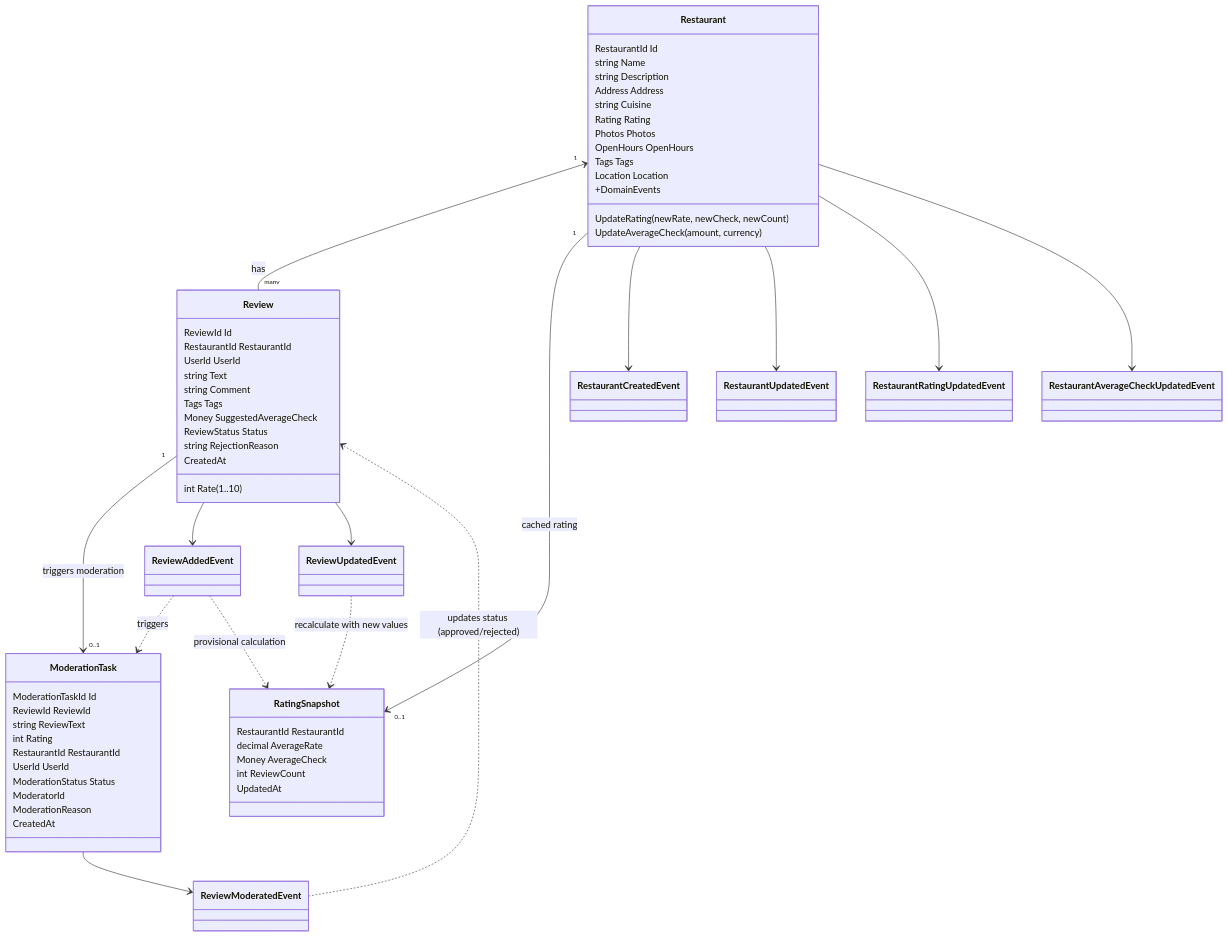
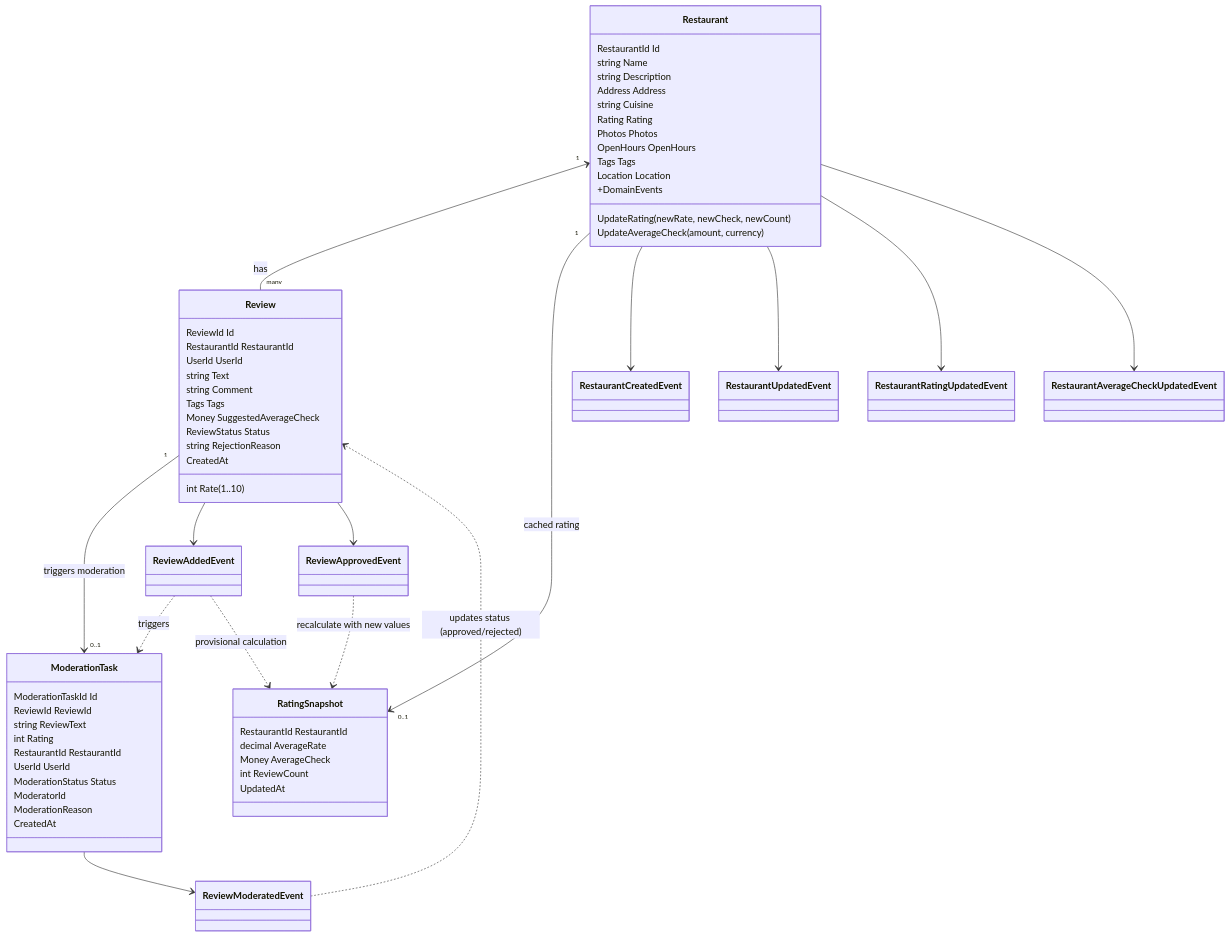
Before and after one commit to bagermoon/otuscode: the fourth of 4 diagrams in docs/diagrams.md, drawn with Mermaid. The commit also changed other lines of this file and 8 other files, not shown here.

Commit message:
feat(review): replace ReviewUpdatedEvent with ReviewApprovedEvent

````diff
--- a/docs/diagrams.md
+++ b/docs/diagrams.md
@@ -184,82 +184,82 @@
     ```mermaid
     classDiagram
         class Restaurant {
             RestaurantId Id
             string Name
             string Description
             Address Address
             string Cuisine
             Rating Rating
             Photos Photos
             OpenHours OpenHours
             Tags Tags
             Location Location
             UpdateRating(newRate, newCheck, newCount)
             UpdateAverageCheck(amount, currency)
             +DomainEvents
         }
 
         class Review {
             ReviewId Id
             RestaurantId RestaurantId
             UserId UserId
             string Text
             int Rate (1..10)
             string Comment
             Tags Tags
             Money SuggestedAverageCheck
             ReviewStatus Status
             string RejectionReason
             CreatedAt
         }
 
         class ModerationTask {
             ModerationTaskId Id
             ReviewId ReviewId
             string ReviewText
             int Rating
             RestaurantId RestaurantId
             UserId UserId
             ModerationStatus Status
             ModeratorId
             ModerationReason
             CreatedAt
         }
 
         class RatingSnapshot {
             RestaurantId RestaurantId
             decimal AverageRate
             Money AverageCheck
             int ReviewCount
             UpdatedAt
         }
 
         %% Domain Events
         class RestaurantCreatedEvent
         class RestaurantUpdatedEvent
         class RestaurantRatingUpdatedEvent
         class RestaurantAverageCheckUpdatedEvent
         class ReviewAddedEvent
-        class ReviewUpdatedEvent
+        class ReviewApprovedEvent
         class ReviewModeratedEvent
 
         %% Relationships
         Restaurant "1" <-- "many" Review : has
         Review "1" --> "0..1" ModerationTask : triggers moderation
         Restaurant "1" --> "0..1" RatingSnapshot : cached rating
 
         %% Event Sources
         Restaurant --> RestaurantCreatedEvent
         Restaurant --> RestaurantUpdatedEvent
         Restaurant --> RestaurantRatingUpdatedEvent
         Restaurant --> RestaurantAverageCheckUpdatedEvent
         Review --> ReviewAddedEvent
-        Review --> ReviewUpdatedEvent
+        Review --> ReviewApprovedEvent
         ModerationTask --> ReviewModeratedEvent
 
         %% Event Flows (Services publish these)
         ReviewAddedEvent ..> ModerationTask : triggers
         ReviewAddedEvent ..> RatingSnapshot : provisional calculation
         ReviewModeratedEvent ..> Review : updates status (approved/rejected)
-        ReviewUpdatedEvent ..> RatingSnapshot : recalculate with new values
+        ReviewApprovedEvent ..> RatingSnapshot : recalculate with new values
     ```
````
